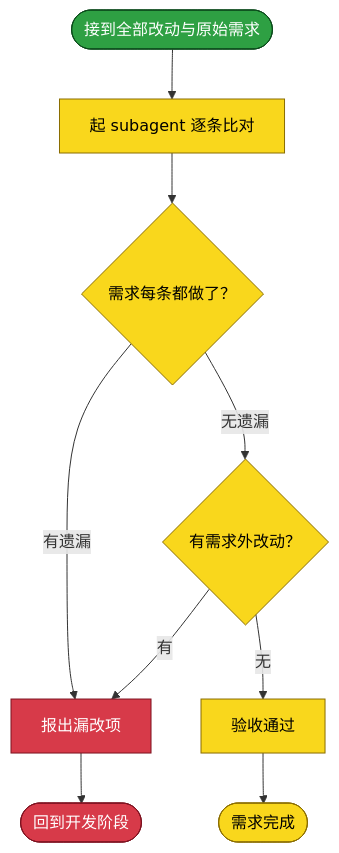
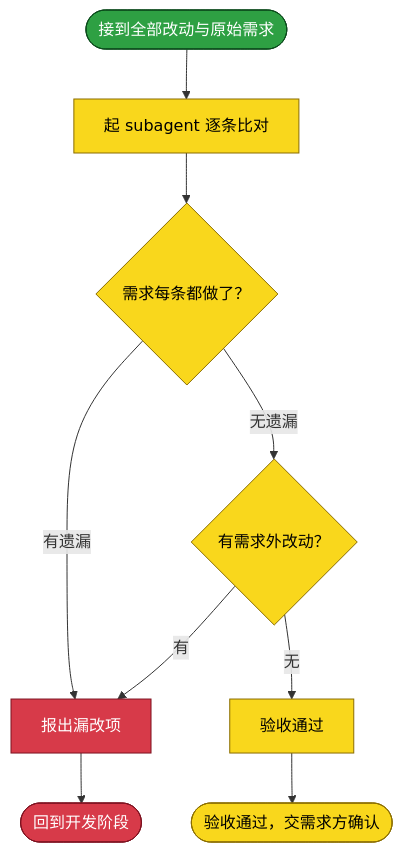
The fifth of 5 diagrams in assets/inbox/template.md (yunjies/knowledge-base), drawn with Mermaid before and after one commit. The commit also changed other lines of this file and 3 other files, not shown here.

````diff
--- a/assets/inbox/template.md
+++ b/assets/inbox/template.md
@@ -451,18 +499,18 @@
 ```mermaid
 flowchart TB
   C_IN(["接到全部改动与原始需求"]) --> C_AGENT["起 subagent 逐条比对"]
   C_AGENT --> C_COVER{"需求每条都做了？"}
   C_COVER -->|"有遗漏"| C_BACK["报出漏改项"]
   C_COVER -->|"无遗漏"| C_EXTRA{"有需求外改动？"}
   C_EXTRA -->|"有"| C_BACK
   C_EXTRA -->|"无"| C_PASS["验收通过"]
   C_BACK --> C_OUT(["回到开发阶段"])
-  C_PASS --> C_DONE(["需求完成"])
+  C_PASS --> C_ACCEPT_OUT(["验收通过，交需求方确认"])
 
   classDef todo fill:#f9d71c,stroke:#8a6d00,color:#000
   classDef done fill:#2ea043,stroke:#0b4a1b,color:#fff
   classDef stuck fill:#d73a49,stroke:#7d1220,color:#fff
   class C_IN done
-  class C_AGENT,C_COVER,C_EXTRA,C_PASS,C_DONE todo
+  class C_AGENT,C_COVER,C_EXTRA,C_PASS,C_ACCEPT_OUT todo
   class C_BACK,C_OUT stuck
 ```
````
